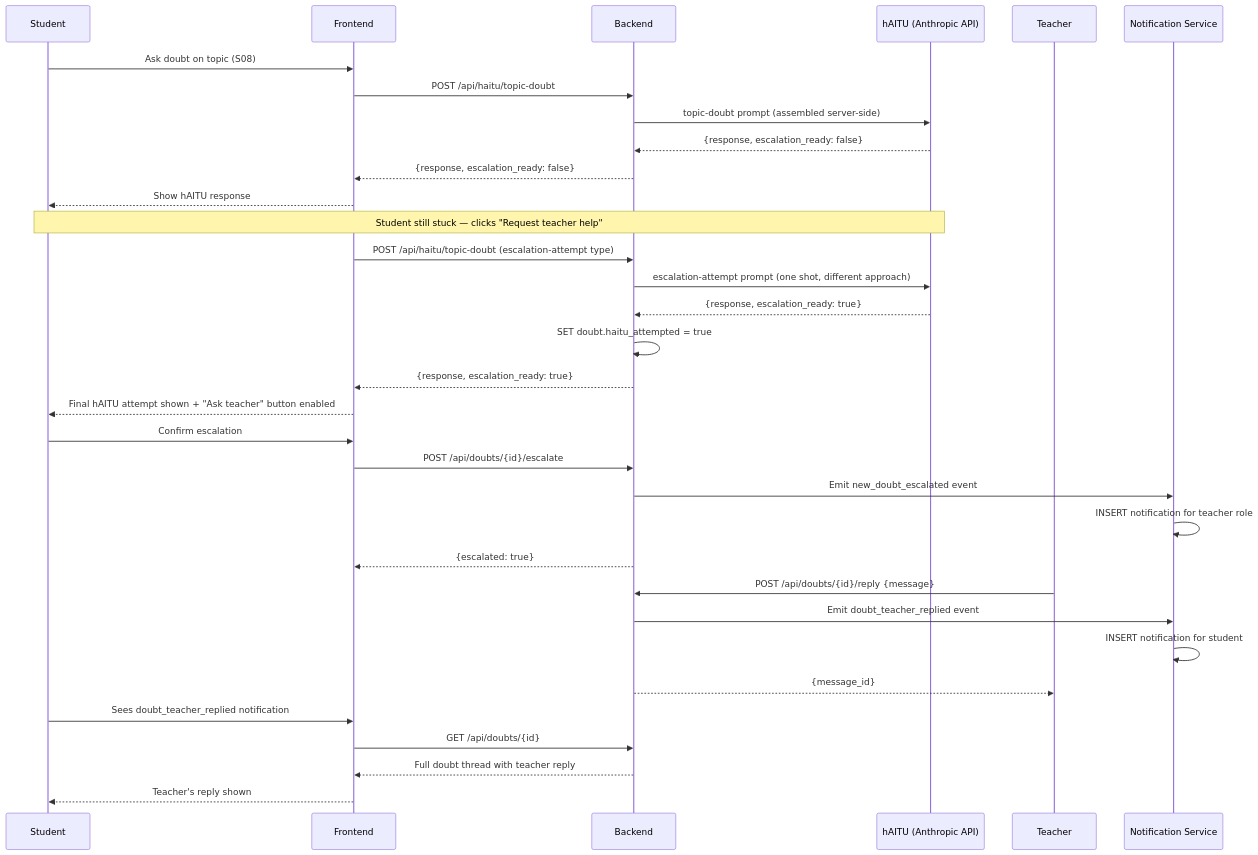
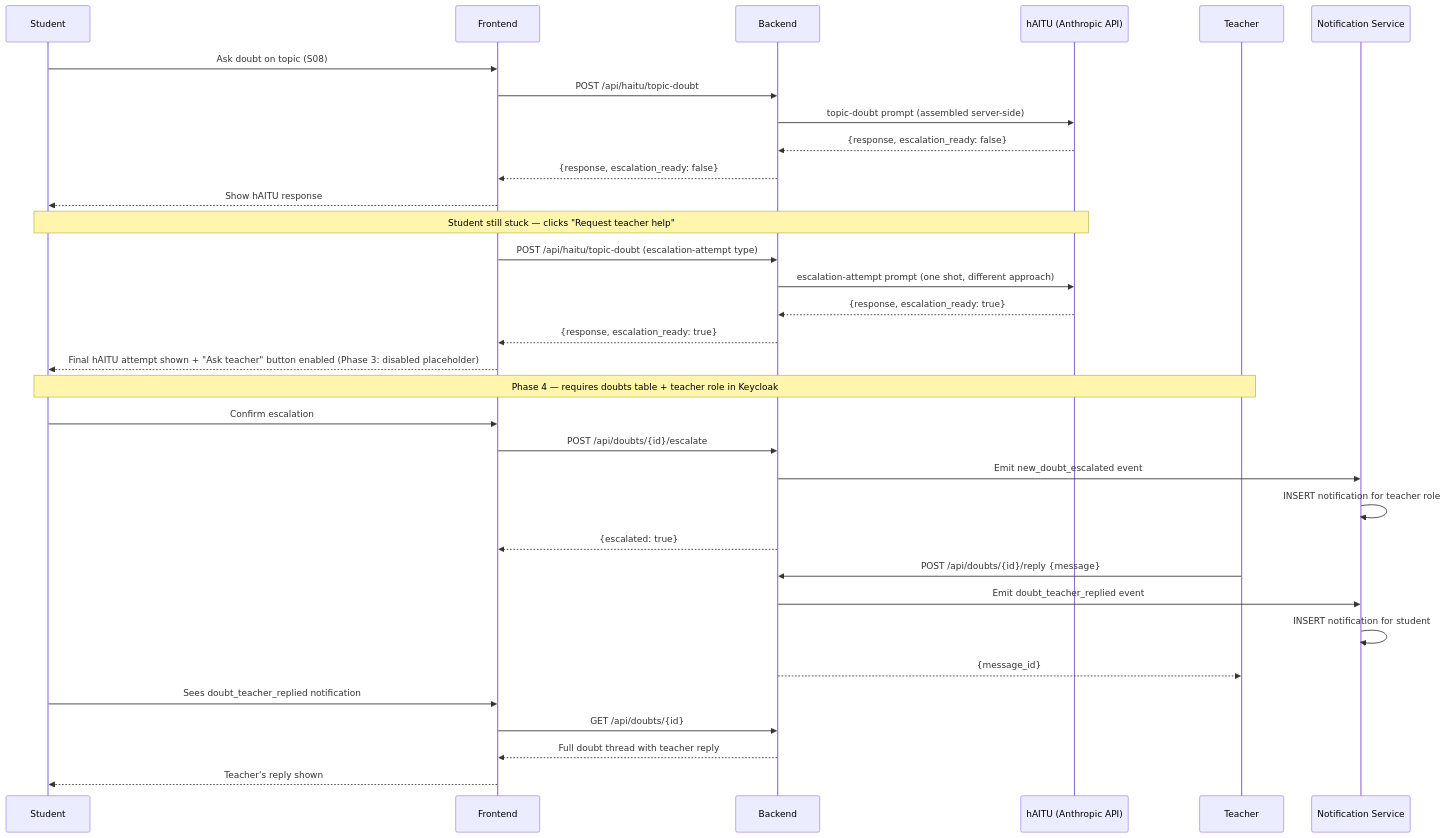
Before and after one commit to code-sss/haisir-specs: the diagram in vision/requirements/08_haitu_ai_layer.md, drawn with Mermaid. The commit also changed other lines of this file and 5 other files, not shown here.

First line of the commit message:
plan: Phase 3 — Student Enrollment + hAITU topic-doubt (stateless)

````diff
--- a/vision/requirements/08_haitu_ai_layer.md
+++ b/vision/requirements/08_haitu_ai_layer.md
@@ -197,40 +196,40 @@
 ```mermaid
 sequenceDiagram
     participant S as Student
     participant FE as Frontend
     participant BE as Backend
     participant AI as hAITU (Anthropic API)
     participant T as Teacher
     participant N as Notification Service
 
     S->>FE: Ask doubt on topic (S08)
     FE->>BE: POST /api/haitu/topic-doubt
     BE->>AI: topic-doubt prompt (assembled server-side)
     AI-->>BE: {response, escalation_ready: false}
     BE-->>FE: {response, escalation_ready: false}
     FE-->>S: Show hAITU response
 
     Note over S,AI: Student still stuck — clicks "Request teacher help"
     FE->>BE: POST /api/haitu/topic-doubt (escalation-attempt type)
     BE->>AI: escalation-attempt prompt (one shot, different approach)
     AI-->>BE: {response, escalation_ready: true}
-    BE->>BE: SET doubt.haitu_attempted = true
     BE-->>FE: {response, escalation_ready: true}
-    FE-->>S: Final hAITU attempt shown + "Ask teacher" button enabled
+    FE-->>S: Final hAITU attempt shown + "Ask teacher" button enabled (Phase 3: disabled placeholder)
 
+    Note over S,T: Phase 4 — requires doubts table + teacher role in Keycloak
     S->>FE: Confirm escalation
     FE->>BE: POST /api/doubts/{id}/escalate
     BE->>N: Emit new_doubt_escalated event
     N->>N: INSERT notification for teacher role
     BE-->>FE: {escalated: true}
 
     T->>BE: POST /api/doubts/{id}/reply {message}
     BE->>N: Emit doubt_teacher_replied event
     N->>N: INSERT notification for student
     BE-->>T: {message_id}
 
     S->>FE: Sees doubt_teacher_replied notification
     FE->>BE: GET /api/doubts/{id}
     BE-->>FE: Full doubt thread with teacher reply
     FE-->>S: Teacher's reply shown
 ```
````
